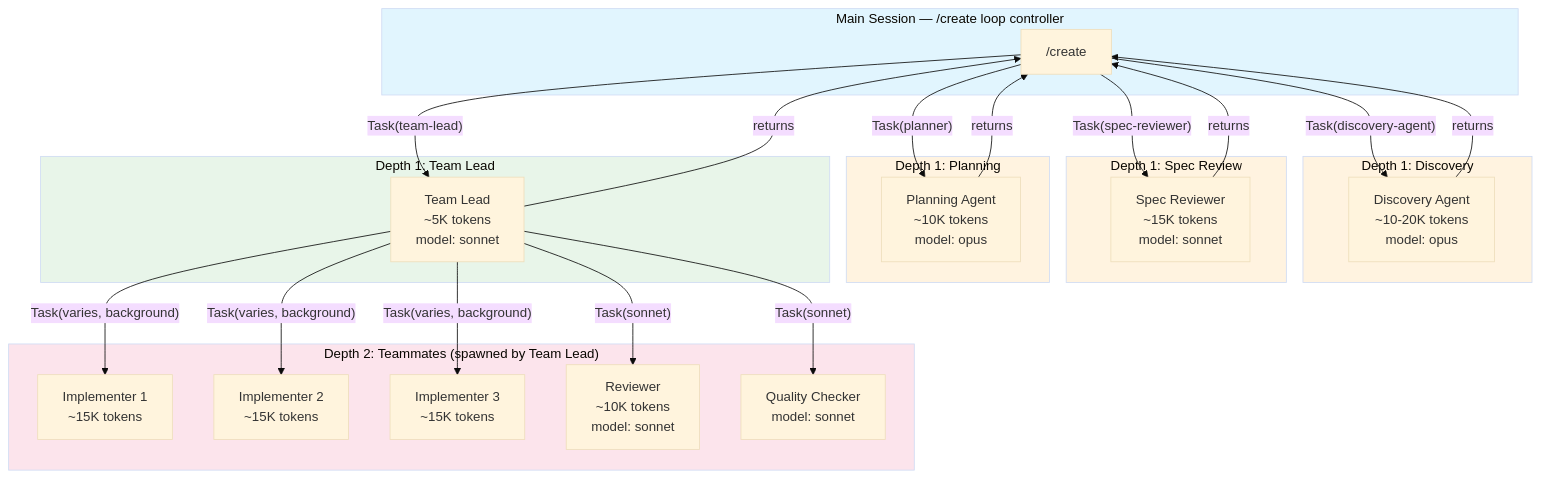
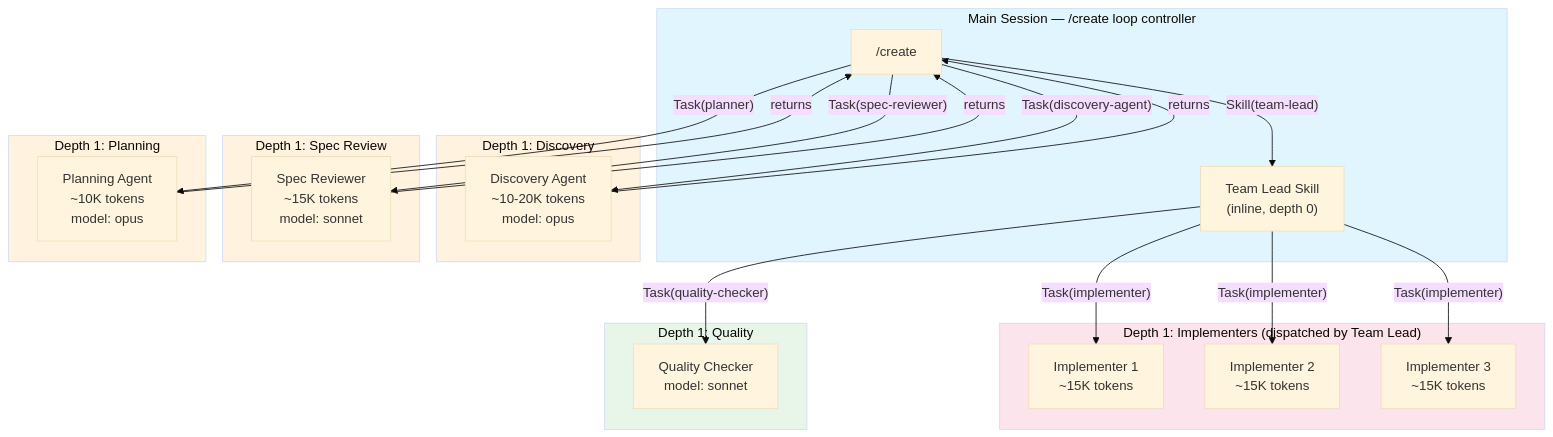
One commit to Zxela/claude-create changed the third of 5 diagrams in diagrams/architecture.md. Above: the diagram before and after it, drawn with Mermaid (base theme). The commit also changed other lines of this file and 11 other files, not shown here.

First line of the commit message:
refactor: convert team-lead from agent to inline skill, add quality gate hooks

````diff
--- a/diagrams/architecture.md
+++ b/diagrams/architecture.md
@@ -127,51 +123,48 @@
 ```mermaid
 graph TB
     subgraph Main["Main Session — /create loop controller"]
         Entry["/create"]
+        TeamLead["Team Lead Skill<br/>(inline, depth 0)"]
     end
 
     subgraph Depth1_Discovery["Depth 1: Discovery"]
         D[Discovery Agent<br/>~10-20K tokens<br/>model: opus]
     end
 
     subgraph Depth1_SpecReview["Depth 1: Spec Review"]
         SR[Spec Reviewer<br/>~15K tokens<br/>model: sonnet]
     end
 
     subgraph Depth1_Planning["Depth 1: Planning"]
         P[Planning Agent<br/>~10K tokens<br/>model: opus]
     end
 
-    subgraph Depth1_TeamLead["Depth 1: Team Lead"]
-        TL[Team Lead<br/>~5K tokens<br/>model: sonnet]
-    end
-
-    subgraph Depth2["Depth 2: Teammates (spawned by Team Lead)"]
+    subgraph Depth1_Impl["Depth 1: Implementers (dispatched by Team Lead)"]
         I1[Implementer 1<br/>~15K tokens]
         I2[Implementer 2<br/>~15K tokens]
         I3[Implementer 3<br/>~15K tokens]
-        R[Reviewer<br/>~10K tokens<br/>model: sonnet]
+    end
+
+    subgraph Depth1_QC["Depth 1: Quality"]
         QC[Quality Checker<br/>model: sonnet]
     end
 
     Entry -->|"Task(discovery-agent)"| D
     D -->|"returns"| Entry
     Entry -->|"Task(spec-reviewer)"| SR
     SR -->|"returns"| Entry
     Entry -->|"Task(planner)"| P
     P -->|"returns"| Entry
-    Entry -->|"Task(team-lead)"| TL
-    TL -->|"Task(varies, background)"| I1
-    TL -->|"Task(varies, background)"| I2
-    TL -->|"Task(varies, background)"| I3
-    TL -->|"Task(sonnet)"| R
-    TL -->|"Task(sonnet)"| QC
-    TL -->|"returns"| Entry
+    Entry -->|"Skill(team-lead)"| TeamLead
+    TeamLead -->|"Task(implementer)"| I1
+    TeamLead -->|"Task(implementer)"| I2
+    TeamLead -->|"Task(implementer)"| I3
+    TeamLead -->|"Task(quality-checker)"| QC
 
     style Main fill:#e1f5fe
     style Depth1_Discovery fill:#fff3e0
     style Depth1_SpecReview fill:#fff3e0
     style Depth1_Planning fill:#fff3e0
-    style Depth1_TeamLead fill:#e8f5e9
-    style Depth2 fill:#fce4ec
+    style Depth1_Impl fill:#fce4ec
+    style Depth1_QC fill:#e8f5e9
 ```
````
